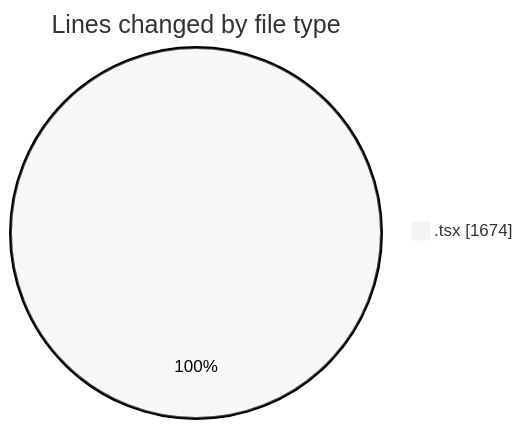
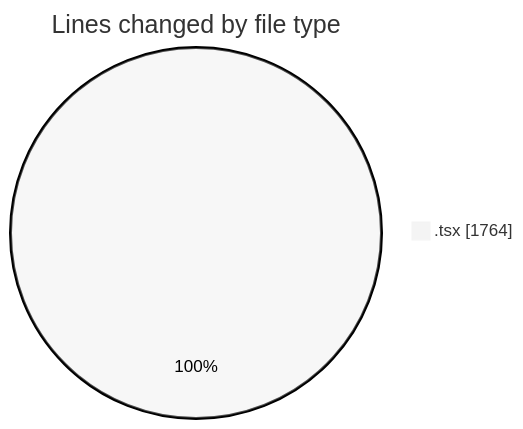
One commit to momahboobian/code-tracking changed the first of 2 diagrams in 2025-11-11/cda/README.md. Above: the diagram before and after it, drawn with Mermaid (neutral theme). The commit also changed other lines of this file and 1 other file, not shown here.

````diff
--- a/2025-11-11/cda/README.md
+++ b/2025-11-11/cda/README.md
@@ -23,5 +23,5 @@
 ```mermaid
 pie showData
 title Lines changed by file type
-".tsx" : 1674
+".tsx" : 1764
 ```
````
